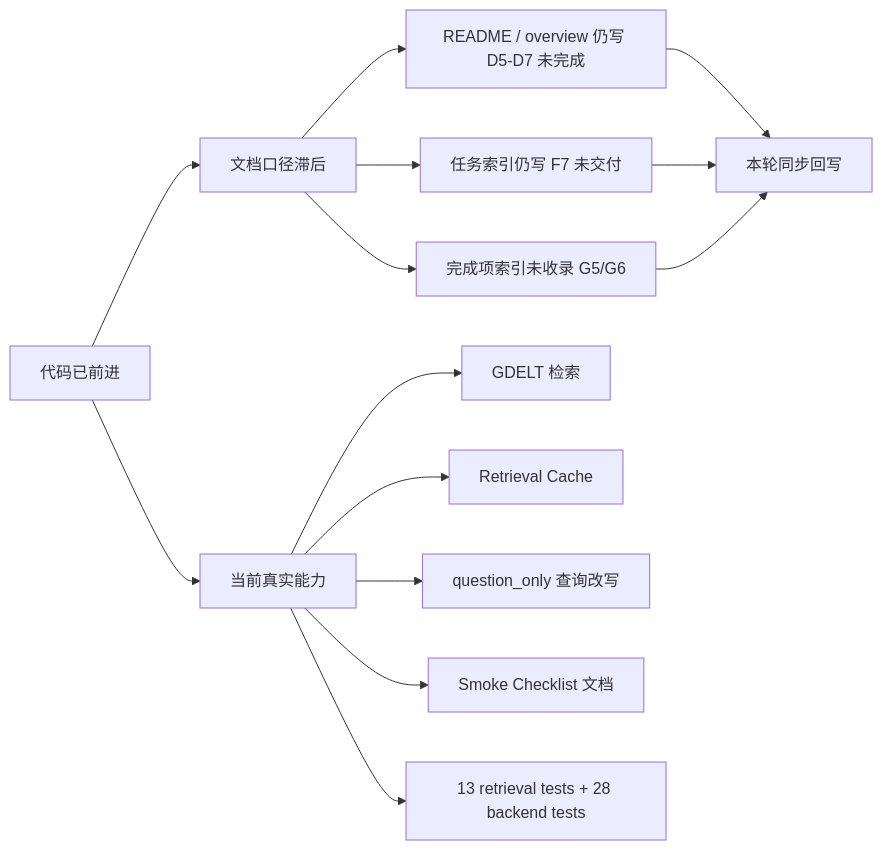
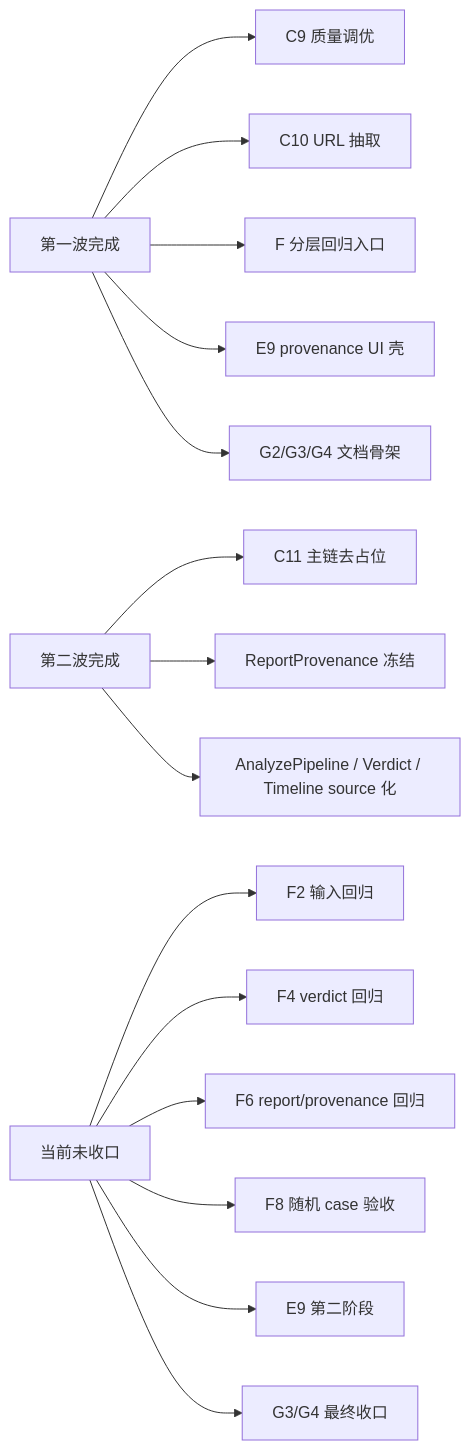
Before and after one commit to forwaryan/rumor-checking: the diagram in overview/09_stage-progress-and-task-audit.md, drawn with Mermaid. The commit also changed other lines of this file and 8 other files, not shown here.

````diff
--- a/overview/09_stage-progress-and-task-audit.md
+++ b/overview/09_stage-progress-and-task-audit.md
@@ -11,16 +11,17 @@
 ```mermaid
 flowchart LR
-    A["代码已前进"] --> B["文档口径滞后"]
-    B --> C["README / overview 仍写 D5-D7 未完成"]
-    B --> D["任务索引仍写 F7 未交付"]
-    B --> E["完成项索引未收录 G5/G6"]
-    A --> F["当前真实能力"]
-    F --> F1["GDELT 检索"]
-    F --> F2["Retrieval Cache"]
-    F --> F3["question_only 查询改写"]
-    F --> F4["Smoke Checklist 文档"]
-    F --> F5["13 retrieval tests + 28 backend tests"]
-    C --> G["本轮同步回写"]
-    D --> G
-    E --> G
+    A["第一波完成"] --> A1["C9 质量调优"]
+    A --> A2["C10 URL 抽取"]
+    A --> A3["F 分层回归入口"]
+    A --> A4["E9 provenance UI 壳"]
+    A --> A5["G2/G3/G4 文档骨架"]
+    B["第二波完成"] --> B1["C11 主链去占位"]
+    B --> B2["ReportProvenance 冻结"]
+    B --> B3["AnalyzePipeline / Verdict / Timeline source 化"]
+    C["当前未收口"] --> C1["F2 输入回归"]
+    C --> C2["F4 verdict 回归"]
+    C --> C3["F6 report/provenance 回归"]
+    C --> C4["F8 随机 case 验收"]
+    C --> C5["E9 第二阶段"]
+    C --> C6["G3/G4 最终收口"]
 ```
````
